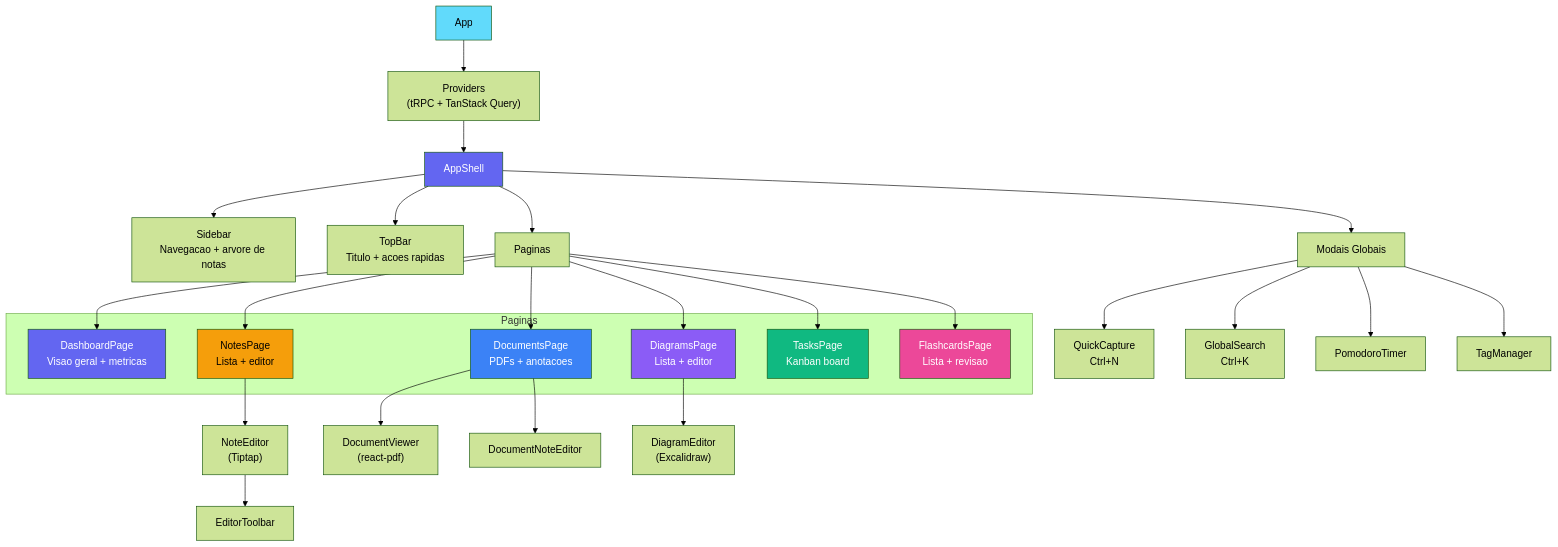
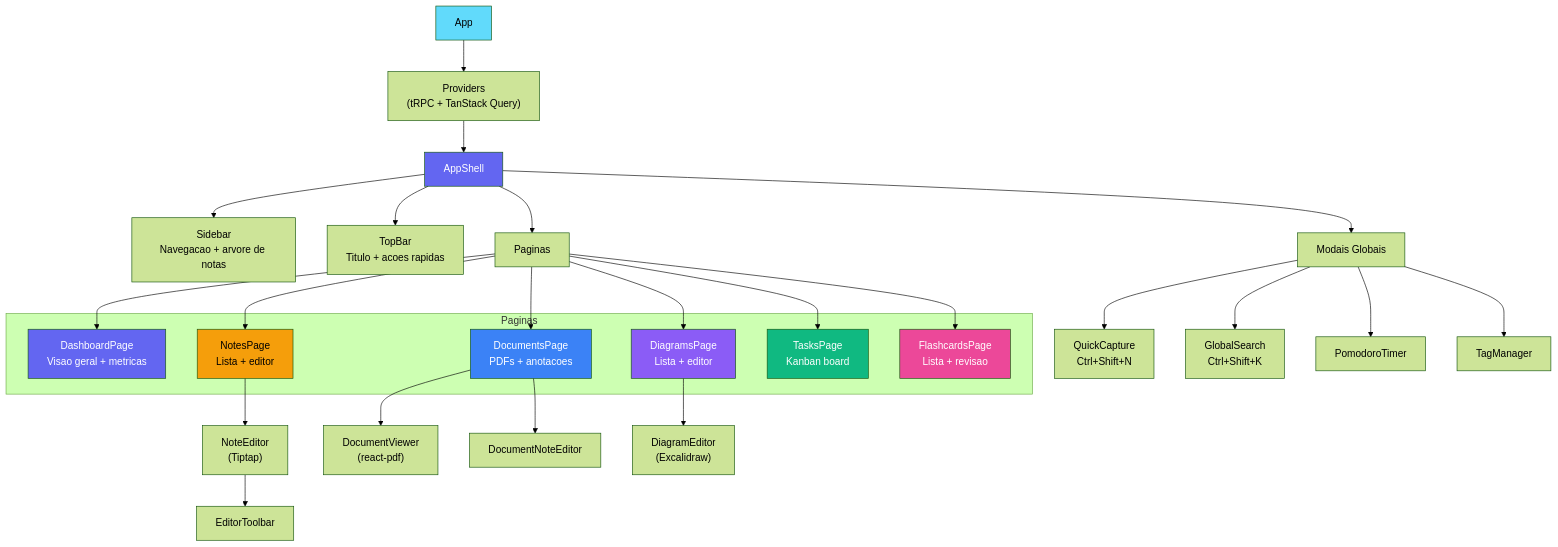
Before and after one commit to JoseJaan/Thoth: the first of 2 diagrams in apps/web/README.md, drawn with Mermaid (forest theme). The commit also changed other lines of this file and 6 other files, not shown here.

````diff
--- a/apps/web/README.md
+++ b/apps/web/README.md
@@ -7,47 +7,47 @@
 ```mermaid
 graph TB
     APP["App"]
     APP --> PROVIDERS["Providers<br/>(tRPC + TanStack Query)"]
     PROVIDERS --> SHELL["AppShell"]
 
     SHELL --> SIDEBAR["Sidebar<br/>Navegacao + arvore de notas"]
     SHELL --> TOPBAR["TopBar<br/>Titulo + acoes rapidas"]
     SHELL --> PAGES["Paginas"]
     SHELL --> MODALS["Modais Globais"]
 
     subgraph Paginas
         DASH["DashboardPage<br/>Visao geral + metricas"]
         NOTES_P["NotesPage<br/>Lista + editor"]
         DOCS_P["DocumentsPage<br/>PDFs + anotacoes"]
         DIAG_P["DiagramsPage<br/>Lista + editor"]
         TASKS_P["TasksPage<br/>Kanban board"]
         FLASH_P["FlashcardsPage<br/>Lista + revisao"]
     end
 
     PAGES --> DASH
     PAGES --> NOTES_P
     PAGES --> DOCS_P
     PAGES --> DIAG_P
     PAGES --> TASKS_P
     PAGES --> FLASH_P
 
     NOTES_P --> EDITOR["NoteEditor<br/>(Tiptap)"]
     EDITOR --> TOOLBAR["EditorToolbar"]
     DOCS_P --> DOCVIEW["DocumentViewer<br/>(react-pdf)"]
     DOCS_P --> DOCNOTE["DocumentNoteEditor"]
     DIAG_P --> DIAGEDIT["DiagramEditor<br/>(Excalidraw)"]
 
-    MODALS --> QCAPTURE["QuickCapture<br/>Ctrl+N"]
-    MODALS --> GSEARCH["GlobalSearch<br/>Ctrl+K"]
+    MODALS --> QCAPTURE["QuickCapture<br/>Ctrl+Shift+N"]
+    MODALS --> GSEARCH["GlobalSearch<br/>Ctrl+Shift+K"]
     MODALS --> POMODORO["PomodoroTimer"]
     MODALS --> TAGMGR["TagManager"]
 
     style APP fill:#61dafb,color:#000
     style SHELL fill:#6366f1,color:#fff
     style DASH fill:#6366f1,color:#fff
     style NOTES_P fill:#f59e0b,color:#000
     style DOCS_P fill:#3b82f6,color:#fff
     style DIAG_P fill:#8b5cf6,color:#fff
     style TASKS_P fill:#10b981,color:#fff
     style FLASH_P fill:#ec4899,color:#fff
 ```
````
